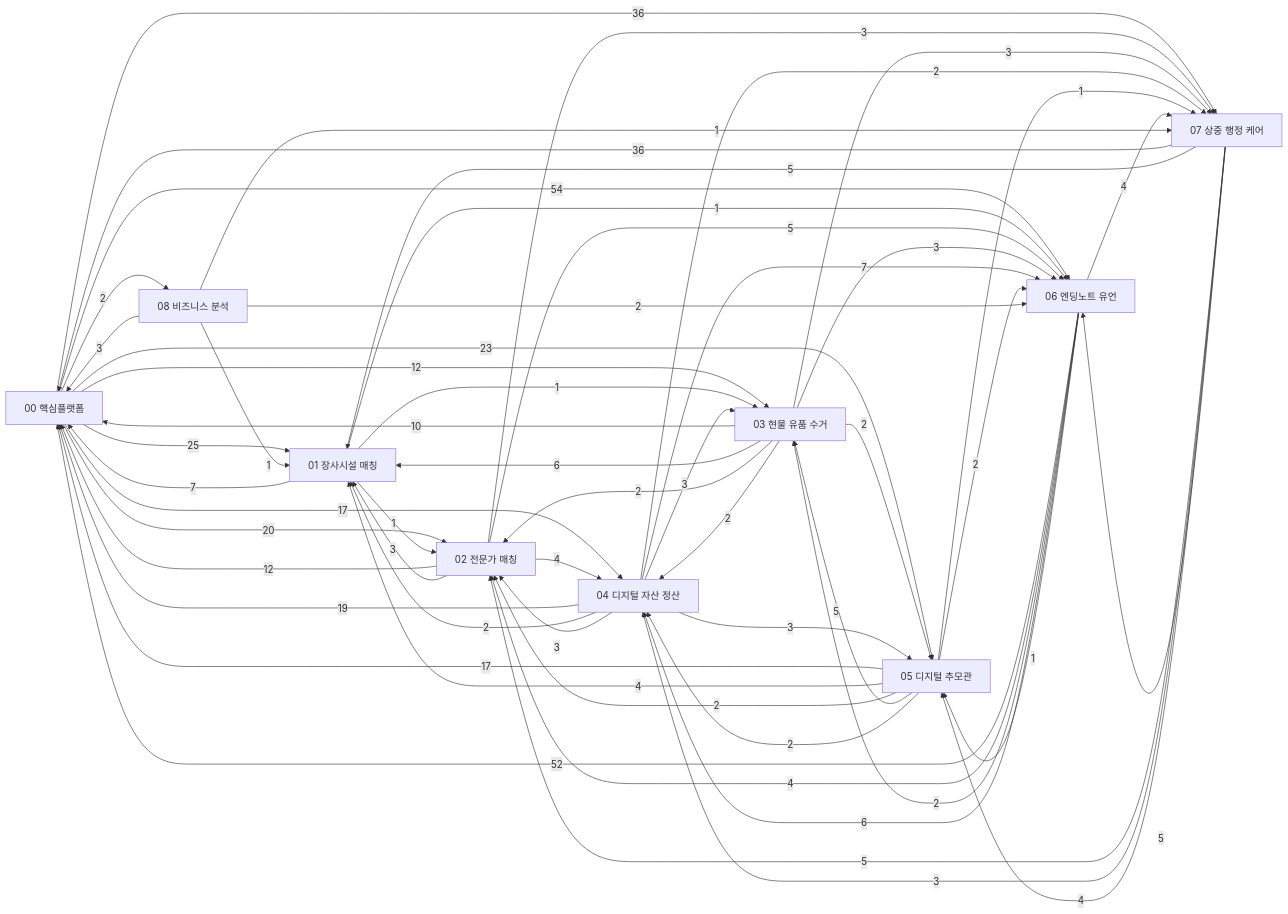
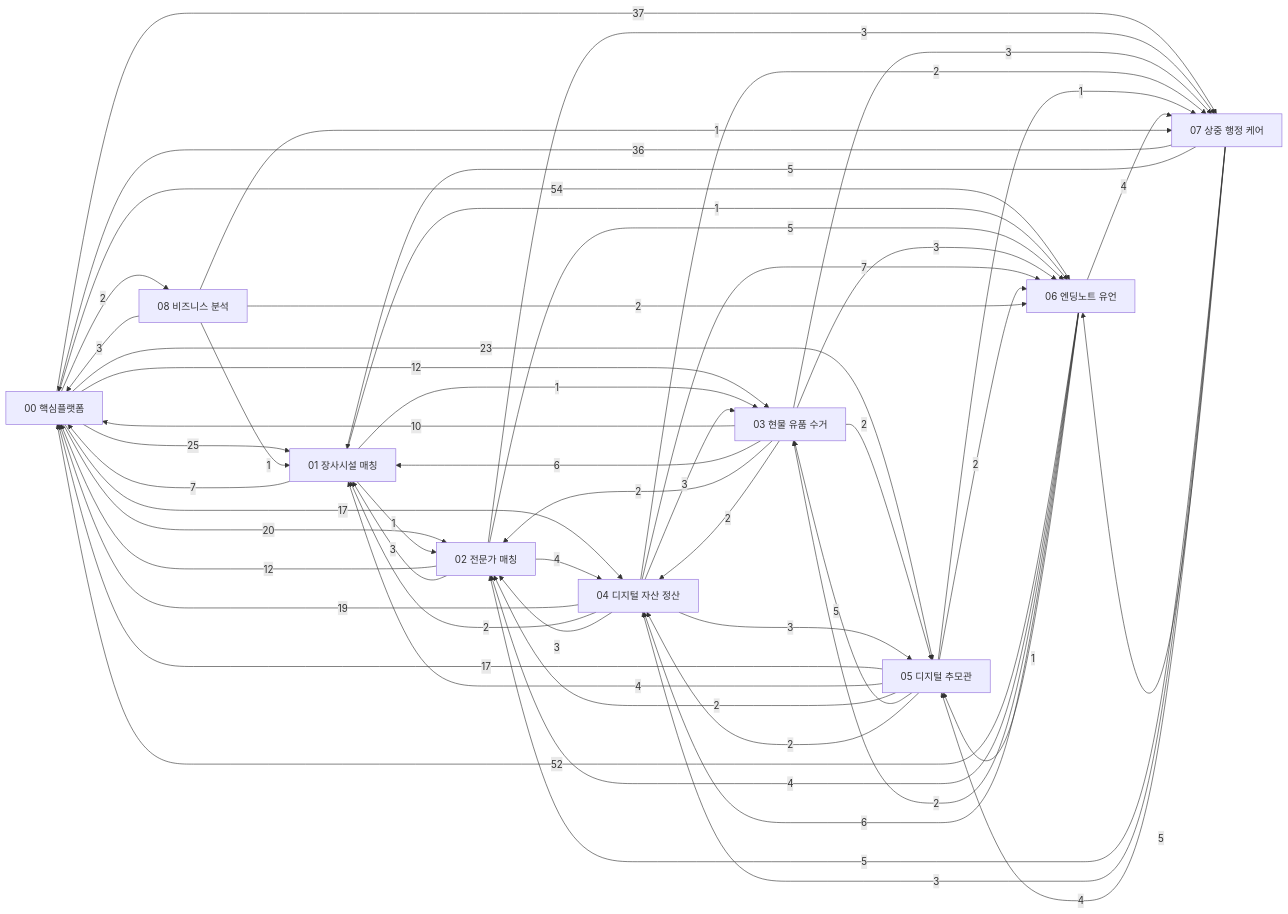
The diagram in docs/00_DOCS_INDEX.md (Hyunews/Eobom), drawn with Mermaid before and after one commit. The commit also changed other lines of this file and 5 other files, not shown here.

````diff
--- a/docs/00_DOCS_INDEX.md
+++ b/docs/00_DOCS_INDEX.md
@@ -53,66 +53,66 @@
 ```mermaid
 flowchart LR
   D00["00 핵심플랫폼"]
   D01["01 장사시설 매칭"]
   D02["02 전문가 매칭"]
   D03["03 현물 유품 수거"]
   D04["04 디지털 자산 정산"]
   D05["05 디지털 추모관"]
   D06["06 엔딩노트 유언"]
   D07["07 상중 행정 케어"]
   D08["08 비즈니스 분석"]
   D00 -->|25| D01
   D00 -->|20| D02
   D00 -->|12| D03
   D00 -->|17| D04
   D00 -->|23| D05
   D00 -->|54| D06
-  D00 -->|36| D07
+  D00 -->|37| D07
   D00 -->|2| D08
   D01 -->|7| D00
   D01 -->|1| D02
   D01 -->|1| D03
   D01 -->|1| D06
   D02 -->|12| D00
   D02 -->|3| D01
   D02 -->|4| D04
   D02 -->|5| D06
   D02 -->|3| D07
   D03 -->|10| D00
   D03 -->|6| D01
   D03 -->|2| D02
   D03 -->|2| D04
   D03 -->|2| D05
   D03 -->|3| D06
   D03 -->|3| D07
   D04 -->|19| D00
   D04 -->|2| D01
   D04 -->|3| D02
   D04 -->|3| D03
   D04 -->|3| D05
   D04 -->|7| D06
   D04 -->|2| D07
   D05 -->|17| D00
   D05 -->|4| D01
   D05 -->|2| D02
   D05 -->|5| D03
   D05 -->|2| D04
   D05 -->|2| D06
   D05 -->|1| D07
   D06 -->|52| D00
   D06 -->|4| D02
   D06 -->|2| D03
   D06 -->|6| D04
   D06 -->|1| D05
   D06 -->|4| D07
   D07 -->|36| D00
   D07 -->|5| D01
   D07 -->|5| D02
   D07 -->|3| D04
   D07 -->|4| D05
   D07 -->|5| D06
   D08 -->|3| D00
   D08 -->|1| D01
   D08 -->|2| D06
   D08 -->|1| D07
 ```
````
